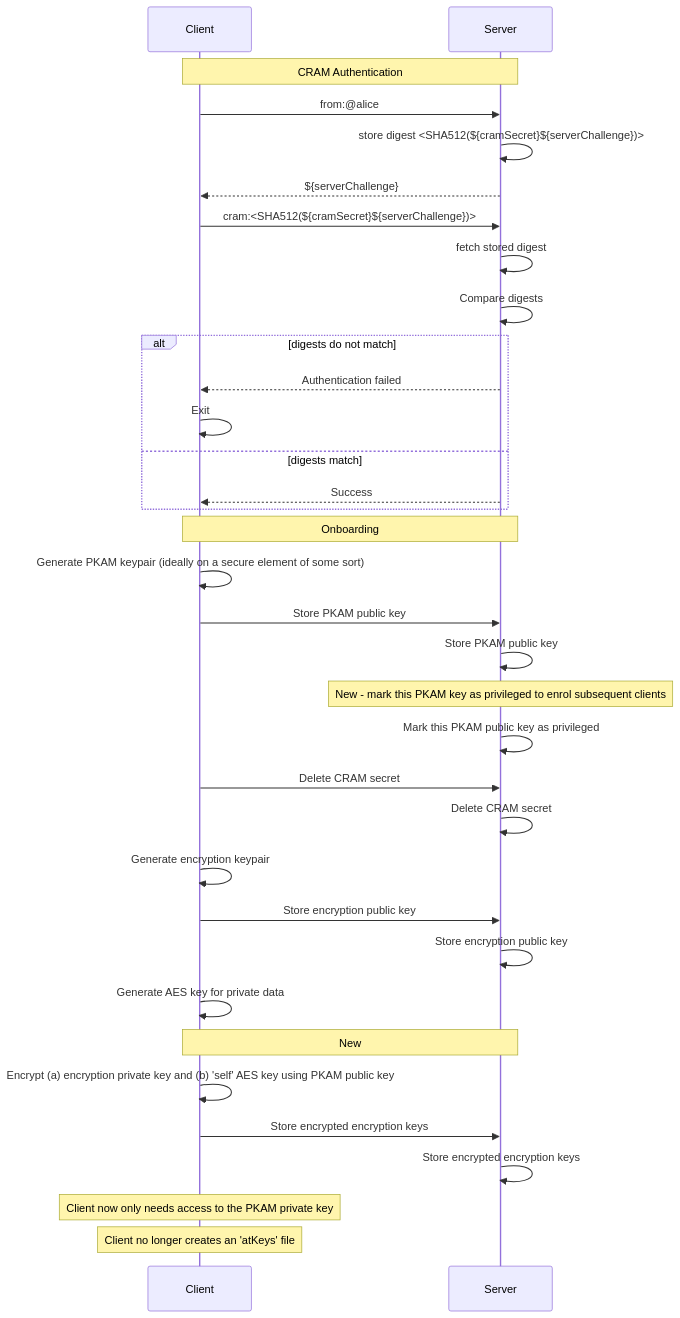
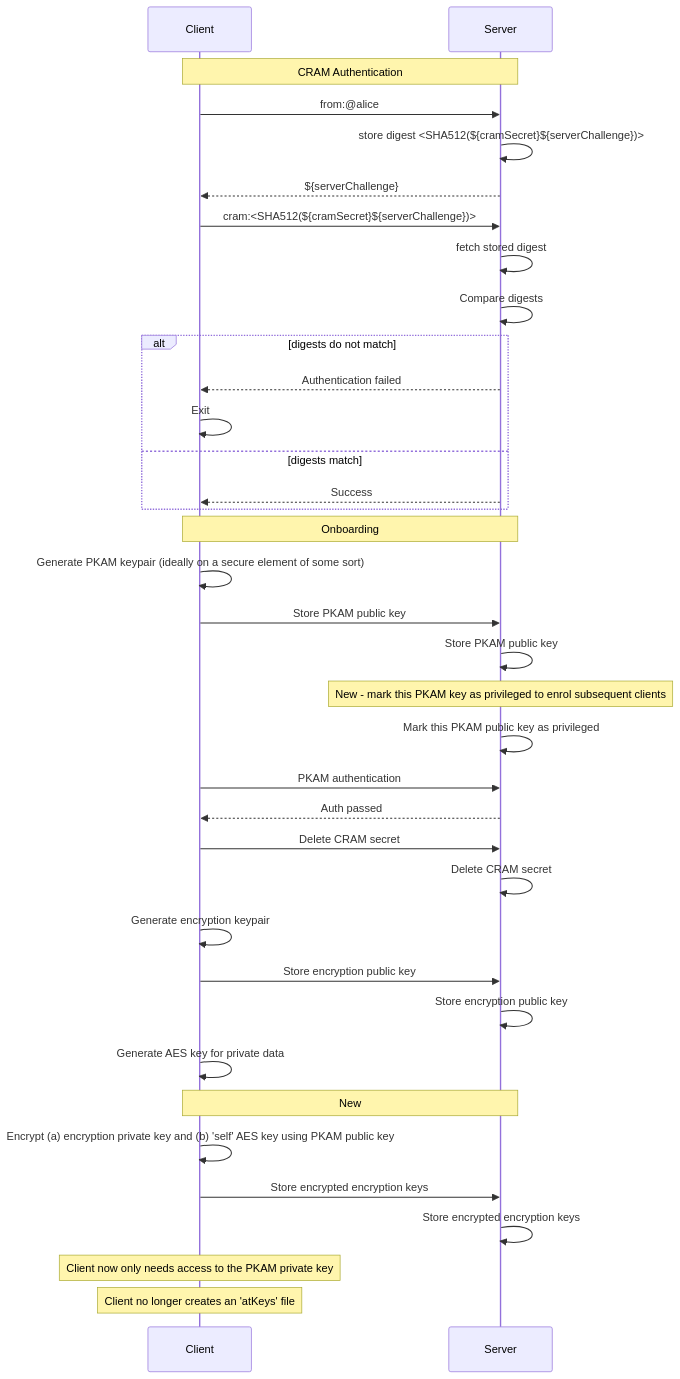
Before and after one commit to atsign-foundation/at_protocol: the second of 3 diagrams in decisions/2023-01-pkam-per-app-and-device.md, drawn with Mermaid. The commit also changed other lines of this file, not shown here.

Commit message:
fix: change in flow diagram

````diff
--- a/decisions/2023-01-pkam-per-app-and-device.md
+++ b/decisions/2023-01-pkam-per-app-and-device.md
@@ -323,39 +325,41 @@
 ```mermaid
 sequenceDiagram
     participant Client
     participant Server
 
     note over Client,Server: CRAM Authentication
 
     Client->>Server: from:@alice
     Server->>Server: store digest <SHA512(${cramSecret}${serverChallenge})>
     Server-->>Client: ${serverChallenge}
     Client->>Server: cram:<SHA512(${cramSecret}${serverChallenge})>
     Server->>Server: fetch stored digest
     Server->>Server: Compare digests
     alt digests do not match
         Server-->>Client: Authentication failed
         Client->>Client: Exit
     else digests match
         Server-->>Client: Success
     end
 
     note over Client,Server: Onboarding
     Client->>Client: Generate PKAM keypair (ideally on a secure element of some sort)
     Client->>Server: Store PKAM public key
     Server->>Server: Store PKAM public key
     note over Server: New - mark this PKAM key as privileged to enrol subsequent clients
     Server->>Server: Mark this PKAM public key as privileged
+    Client->>Server: PKAM authentication
+    Server-->>Client: Auth passed
     Client->>Server: Delete CRAM secret
     Server->>Server: Delete CRAM secret
     Client->>Client: Generate encryption keypair
     Client->>Server: Store encryption public key
     Server->>Server: Store encryption public key
     Client->>Client: Generate AES key for private data
     note over Client,Server: New
     Client->>Client: Encrypt (a) encryption private key and (b) 'self' AES key using PKAM public key
     Client->>Server: Store encrypted encryption keys
     Server->>Server: Store encrypted encryption keys
     note over Client: Client now only needs access to the PKAM private key
     note over Client: Client no longer creates an 'atKeys' file
 ```
````
